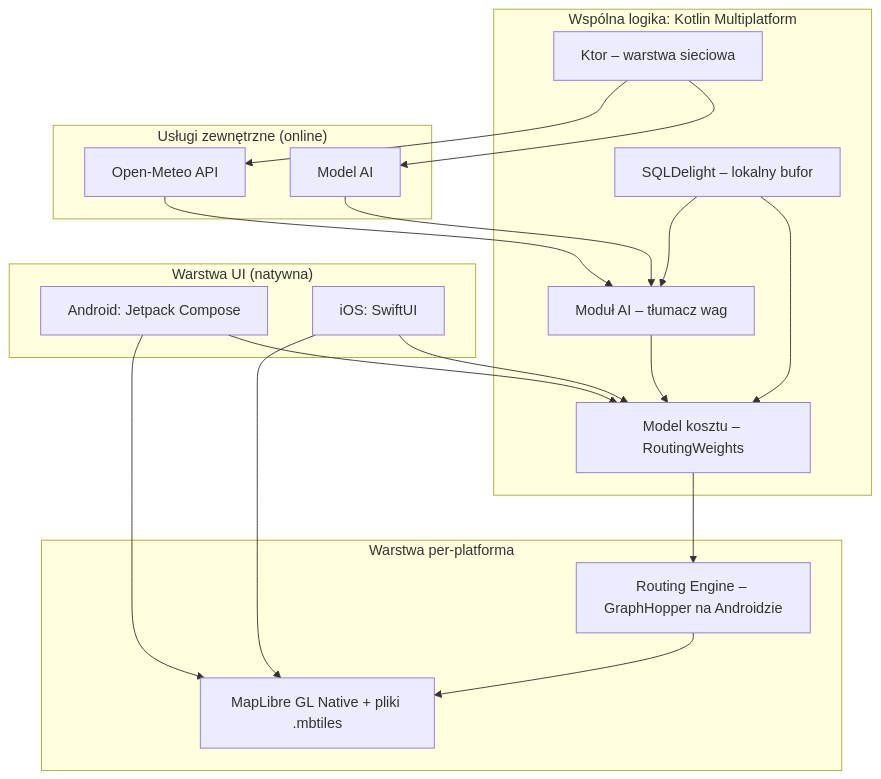
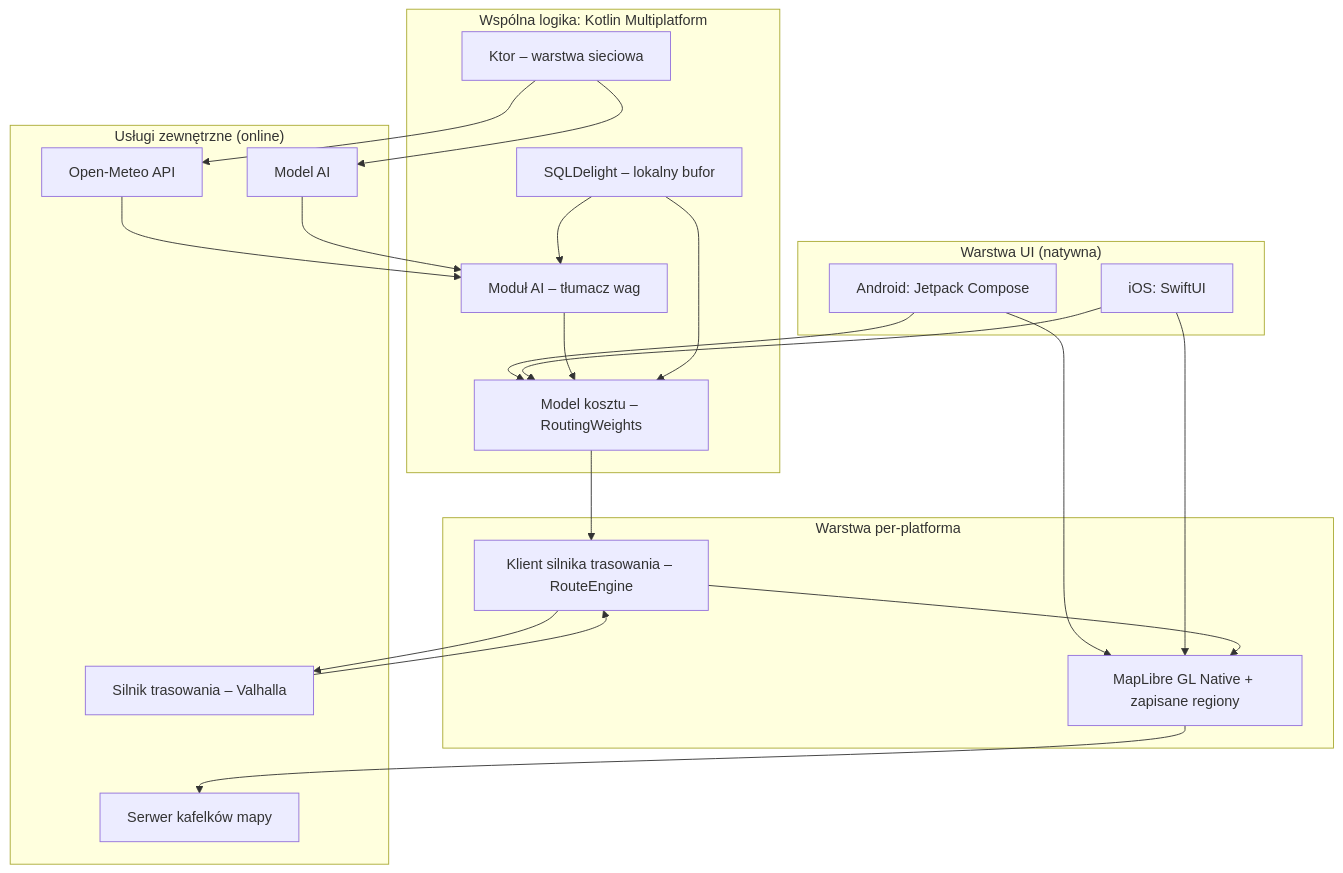
Before and after one commit to MarcinNowak1988/Nawigacja: the first of 4 diagrams in docs/DOKUMENTACJA_TECHNICZNA.md, drawn with Mermaid. The commit also changed other lines of this file and 11 other files, not shown here.

````diff
--- a/docs/DOKUMENTACJA_TECHNICZNA.md
+++ b/docs/DOKUMENTACJA_TECHNICZNA.md
@@ -72,35 +81,40 @@
 ```mermaid
 graph TD
     subgraph UI["Warstwa UI (natywna)"]
         A1[Android: Jetpack Compose]
         A2[iOS: SwiftUI]
     end
     subgraph KMP["Wspólna logika: Kotlin Multiplatform"]
         B0[Model kosztu – RoutingWeights]
         B4[Moduł AI – tłumacz wag]
         B2[SQLDelight – lokalny bufor]
         B3[Ktor – warstwa sieciowa]
     end
     subgraph NAT["Warstwa per-platforma"]
-        B1[Routing Engine – GraphHopper na Androidzie]
-        C1[MapLibre GL Native + pliki .mbtiles]
+        B1[Klient silnika trasowania – RouteEngine]
+        C1[MapLibre GL Native + zapisane regiony]
     end
     subgraph EXT["Usługi zewnętrzne (online)"]
+        D0[Silnik trasowania – Valhalla]
         D1[Open-Meteo API]
         D2[Model AI]
+        D3[Serwer kafelków mapy]
     end
 
     A1 --> B0
     A2 --> B0
     A1 --> C1
     A2 --> C1
     B0 --> B1
+    B1 --> D0
+    D0 --> B1
     B1 --> C1
+    C1 --> D3
     B4 --> B0
     B3 --> D1
     B3 --> D2
     D1 --> B4
     D2 --> B4
     B2 --> B0
     B2 --> B4
 ```
````
